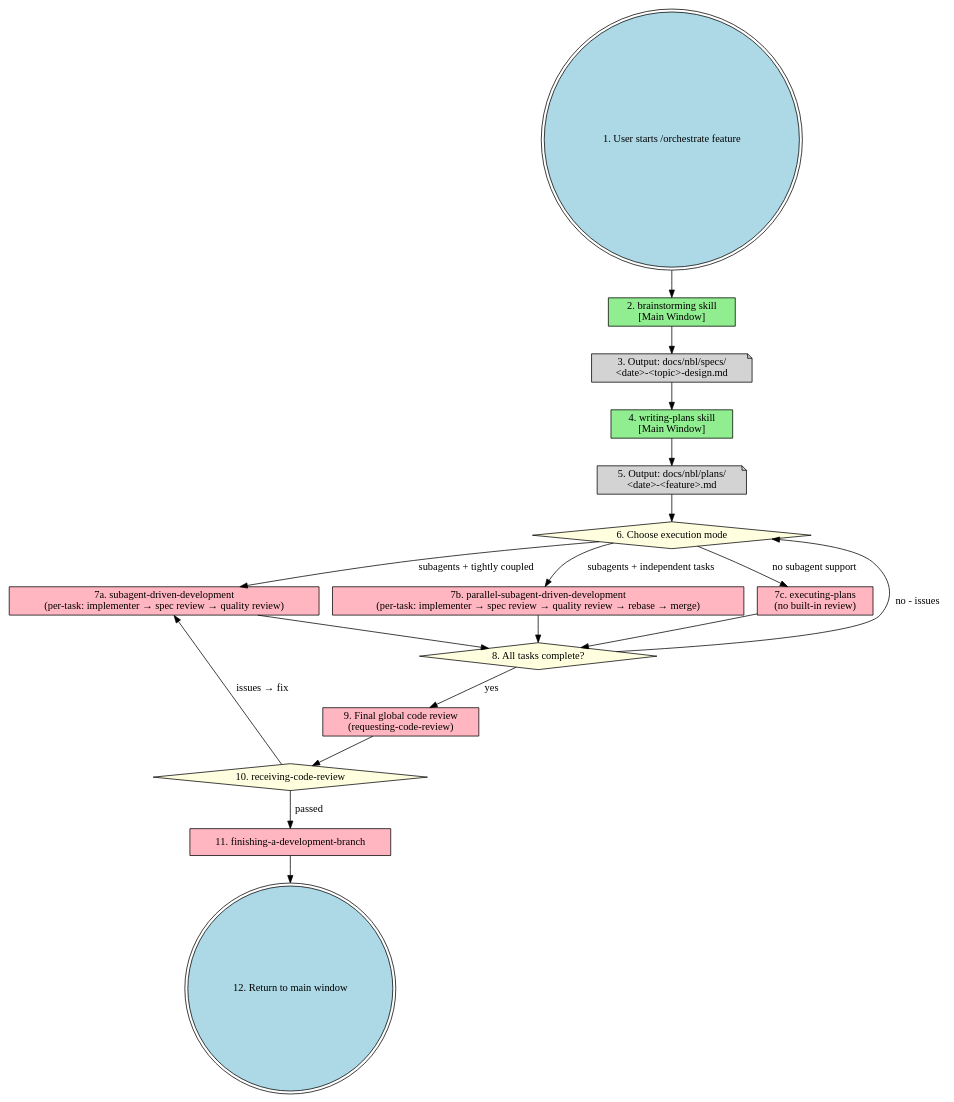
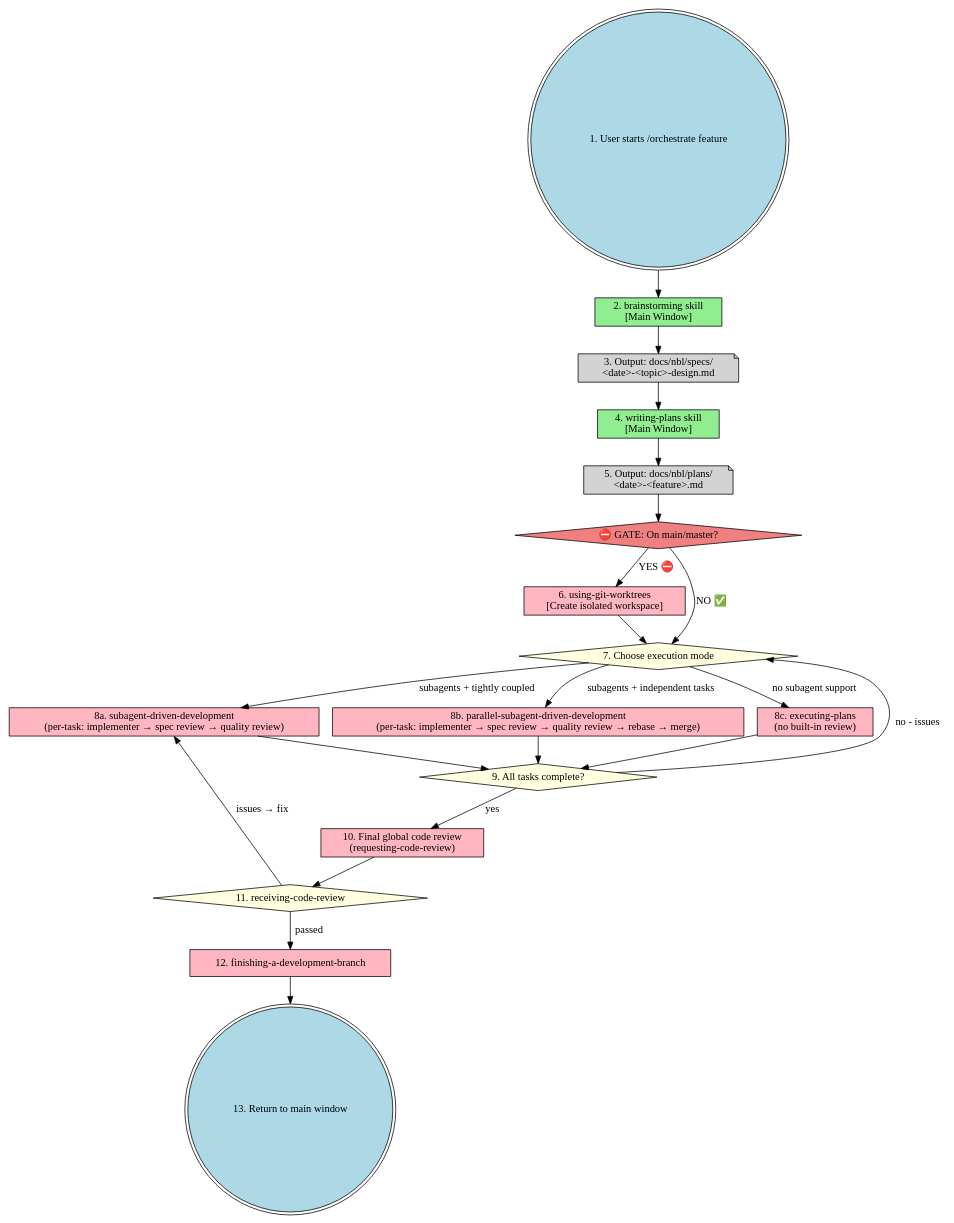
The first of 2 diagrams in skills/nbl.orchestrate/SKILL.md (icefrag/nbl-superpowers), drawn with Graphviz before and after one commit. The commit also changed other lines of this file, not shown here.

First line of the commit message:
fix(orchestrate): add Planning → Execution transition gate

````diff
--- a/skills/nbl.orchestrate/SKILL.md
+++ b/skills/nbl.orchestrate/SKILL.md
@@ -24,50 +50,56 @@
 ```dot
 digraph orchestrate_feature_workflow {
     rankdir=TB;
     node [shape=box style=filled fillcolor=lightyellow];
 
     "1. User starts /orchestrate feature" [shape=doublecircle fillcolor=lightblue];
 
     "2. brainstorming skill\n[Main Window]" [fillcolor=lightgreen];
     "3. Output: docs/nbl/specs/\n<date>-<topic>-design.md" [shape=note fillcolor=lightgray];
 
     "4. writing-plans skill\n[Main Window]" [fillcolor=lightgreen];
     "5. Output: docs/nbl/plans/\n<date>-<feature>.md" [shape=note fillcolor=lightgray];
 
-    "6. Choose execution mode" [shape=diamond fillcolor=lightyellow];
+    "⛔ GATE: On main/master?" [shape=diamond fillcolor=lightcoral];
+    "6. using-git-worktrees\n[Create isolated workspace]" [fillcolor=lightpink];
+    "7. Choose execution mode" [shape=diamond fillcolor=lightyellow];
 
-    "7a. subagent-driven-development\n(per-task: implementer → spec review → quality review)" [fillcolor=lightpink];
-    "7b. parallel-subagent-driven-development\n(per-task: implementer → spec review → quality review → rebase → merge)" [fillcolor=lightpink];
-    "7c. executing-plans\n(no built-in review)" [fillcolor=lightpink];
+    "8a. subagent-driven-development\n(per-task: implementer → spec review → quality review)" [fillcolor=lightpink];
+    "8b. parallel-subagent-driven-development\n(per-task: implementer → spec review → quality review → rebase → merge)" [fillcolor=lightpink];
+    "8c. executing-plans\n(no built-in review)" [fillcolor=lightpink];
 
-    "8. All tasks complete?" [shape=diamond fillcolor=lightyellow];
-    "9. Final global code review\n(requesting-code-review)" [fillcolor=lightpink];
-    "10. receiving-code-review" [shape=diamond fillcolor=lightyellow];
-    "11. finishing-a-development-branch" [fillcolor=lightpink];
-    "12. Return to main window" [shape=doublecircle fillcolor=lightblue];
+    "9. All tasks complete?" [shape=diamond fillcolor=lightyellow];
+    "10. Final global code review\n(requesting-code-review)" [fillcolor=lightpink];
+    "11. receiving-code-review" [shape=diamond fillcolor=lightyellow];
+    "12. finishing-a-development-branch" [fillcolor=lightpink];
+    "13. Return to main window" [shape=doublecircle fillcolor=lightblue];
 
     "1. User starts /orchestrate feature" -> "2. brainstorming skill\n[Main Window]";
     "2. brainstorming skill\n[Main Window]" -> "3. Output: docs/nbl/specs/\n<date>-<topic>-design.md";
     "3. Output: docs/nbl/specs/\n<date>-<topic>-design.md" -> "4. writing-plans skill\n[Main Window]";
 
     "4. writing-plans skill\n[Main Window]" -> "5. Output: docs/nbl/plans/\n<date>-<feature>.md";
-    "5. Output: docs/nbl/plans/\n<date>-<feature>.md" -> "6. Choose execution mode";
+    "5. Output: docs/nbl/plans/\n<date>-<feature>.md" -> "⛔ GATE: On main/master?";
 
-    "6. Choose execution mode" -> "7a. subagent-driven-development\n(per-task: implementer → spec review → quality review)" [label="subagents + tightly coupled"];
-    "6. Choose execution mode" -> "7b. parallel-subagent-driven-development\n(per-task: implementer → spec review → quality review → rebase → merge)" [label="subagents + independent tasks"];
-    "6. Choose execution mode" -> "7c. executing-plans\n(no built-in review)" [label="no subagent support"];
+    "⛔ GATE: On main/master?" -> "6. using-git-worktrees\n[Create isolated workspace]" [label="YES ⛔"];
+    "⛔ GATE: On main/master?" -> "7. Choose execution mode" [label="NO ✅"];
+    "6. using-git-worktrees\n[Create isolated workspace]" -> "7. Choose execution mode";
 
-    "7a. subagent-driven-development\n(per-task: implementer → spec review → quality review)" -> "8. All tasks complete?";
-    "7b. parallel-subagent-driven-development\n(per-task: implementer → spec review → quality review → rebase → merge)" -> "8. All tasks complete?";
-    "7c. executing-plans\n(no built-in review)" -> "8. All tasks complete?";
+    "7. Choose execution mode" -> "8a. subagent-driven-development\n(per-task: implementer → spec review → quality review)" [label="subagents + tightly coupled"];
+    "7. Choose execution mode" -> "8b. parallel-subagent-driven-development\n(per-task: implementer → spec review → quality review → rebase → merge)" [label="subagents + independent tasks"];
+    "7. Choose execution mode" -> "8c. executing-plans\n(no built-in review)" [label="no subagent support"];
 
-    "8. All tasks complete?" -> "6. Choose execution mode" [label="no - issues"];
-    "8. All tasks complete?" -> "9. Final global code review\n(requesting-code-review)" [label="yes"];
+    "8a. subagent-driven-development\n(per-task: implementer → spec review → quality review)" -> "9. All tasks complete?";
+    "8b. parallel-subagent-driven-development\n(per-task: implementer → spec review → quality review → rebase → merge)" -> "9. All tasks complete?";
+    "8c. executing-plans\n(no built-in review)" -> "9. All tasks complete?";
 
-    "9. Final global code review\n(requesting-code-review)" -> "10. receiving-code-review";
-    "10. receiving-code-review" -> "7a. subagent-driven-development\n(per-task: implementer → spec review → quality review)" [label="issues → fix"];
-    "10. receiving-code-review" -> "11. finishing-a-development-branch" [label="passed"];
+    "9. All tasks complete?" -> "7. Choose execution mode" [label="no - issues"];
+    "9. All tasks complete?" -> "10. Final global code review\n(requesting-code-review)" [label="yes"];
 
-    "11. finishing-a-development-branch" -> "12. Return to main window";
+    "10. Final global code review\n(requesting-code-review)" -> "11. receiving-code-review";
+    "11. receiving-code-review" -> "8a. subagent-driven-development\n(per-task: implementer → spec review → quality review)" [label="issues → fix"];
+    "11. receiving-code-review" -> "12. finishing-a-development-branch" [label="passed"];
+
+    "12. finishing-a-development-branch" -> "13. Return to main window";
 }
 ```
````
